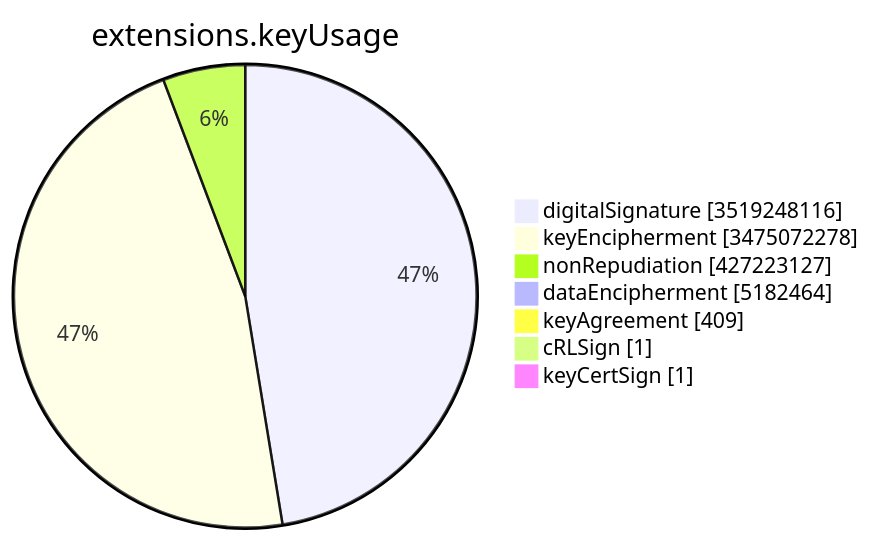
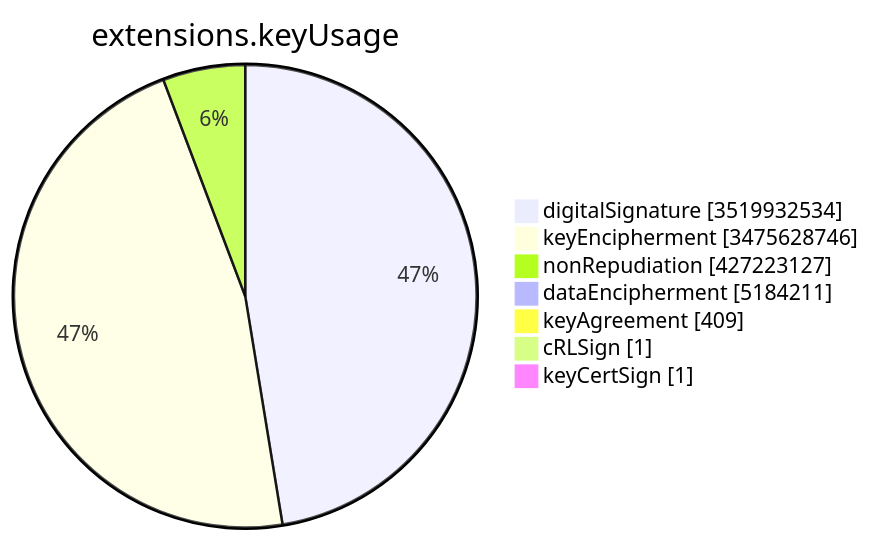
The sixth of 15 diagrams in TOTAL/README.md (christiankrug/ctmonitor_visualization), drawn with Mermaid before and after one commit. The commit also changed other lines of this file, not shown here.

````diff
--- a/TOTAL/README.md
+++ b/TOTAL/README.md
@@ -3083,11 +3083,11 @@
 ```mermaid
 pie showData
 title extensions.keyUsage
-"digitalSignature" :3519248116
-"keyEncipherment" :3475072278
+"digitalSignature" :3519932534
+"keyEncipherment" :3475628746
 "nonRepudiation" :427223127
-"dataEncipherment" :5182464
+"dataEncipherment" :5184211
 "keyAgreement" :409
 "cRLSign" :1
 "keyCertSign" :1
 ```
````
